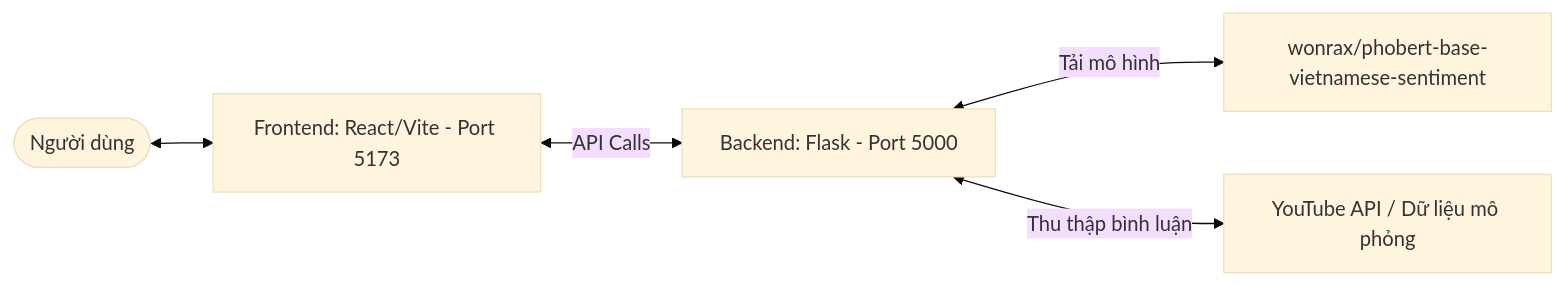
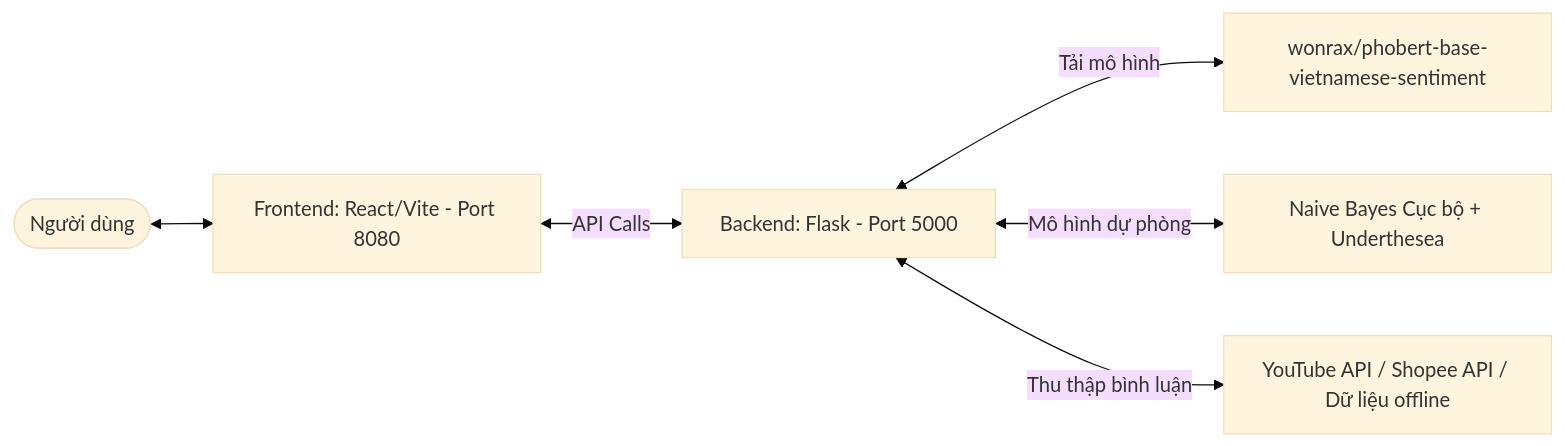
One commit to dinhgit27/HTPTBinhLuan changed the diagram in README.md. Above: the diagram before and after it, drawn with Mermaid (base theme). The commit also changed other lines of this file and 6 other files, not shown here.

Commit message:
Update system integration: React + Flask API, PhoBERT preloading, batch inference, offline fallback and launcher scripts

````diff
--- a/README.md
+++ b/README.md
@@ -11,7 +11,8 @@
 ```mermaid
 graph LR
-    User([Người dùng]) <--> FE[Frontend: React/Vite - Port 5173]
+    User([Người dùng]) <--> FE[Frontend: React/Vite - Port 8080]
     FE <-->|API Calls| BE[Backend: Flask - Port 5000]
     BE <-->|Tải mô hình| PhoBERT[wonrax/phobert-base-vietnamese-sentiment]
-    BE <-->|Thu thập bình luận| Scrapers[YouTube API / Dữ liệu mô phỏng]
+    BE <-->|Mô hình dự phòng| NaiveBayes[Naive Bayes Cục bộ + Underthesea]
+    BE <-->|Thu thập bình luận| Scrapers[YouTube API / Shopee API / Dữ liệu offline]
 ```
````
